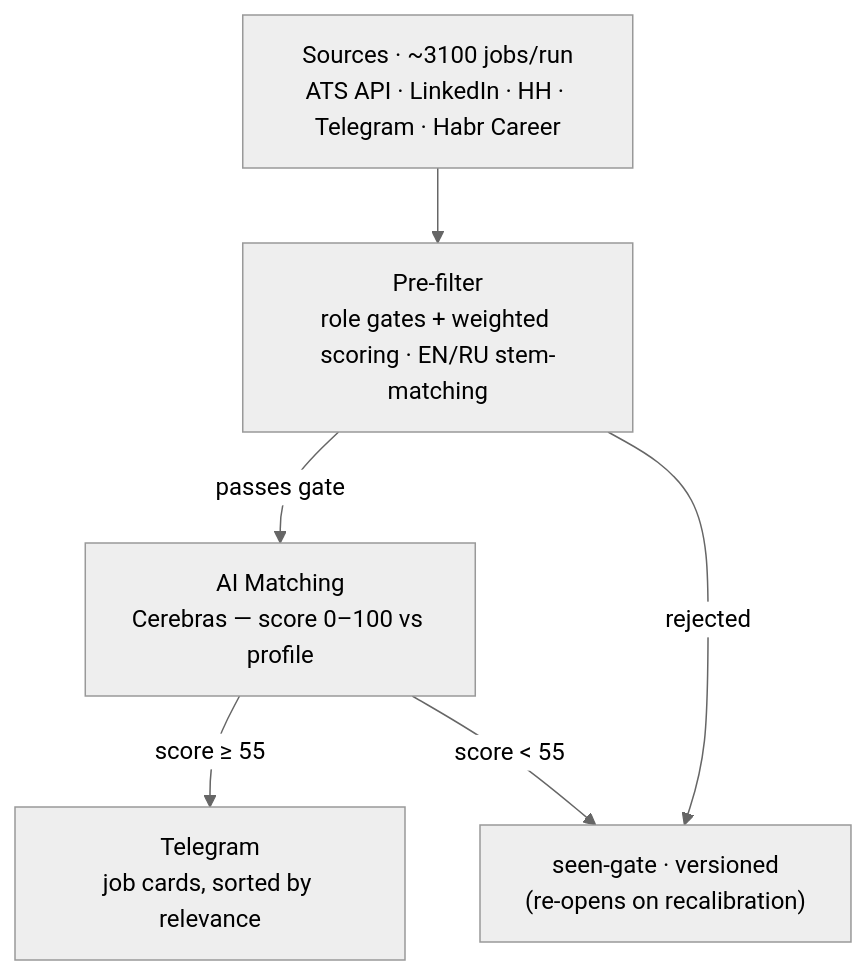
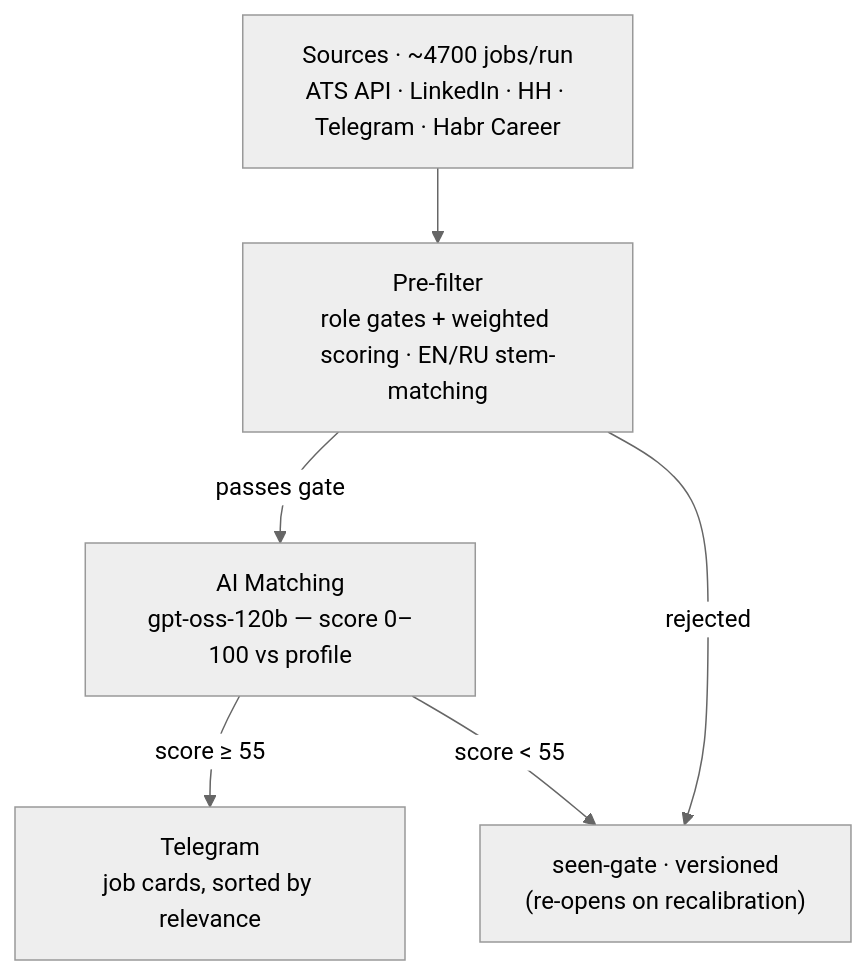
Before and after one commit to Aleksandr-Sit/job-hunter: the diagram in README.md, drawn with Mermaid (neutral theme). The commit also changed other lines of this file and 3 other files, not shown here.

First line of the commit message:
docs: привести README/ARCHITECTURE/CLAUDE.md к фактам

````diff
--- a/README.md
+++ b/README.md
@@ -23,8 +23,8 @@
 ```mermaid
 flowchart TD
-    A["Sources · ~3100 jobs/run<br/>ATS API · LinkedIn · HH · Telegram · Habr Career"] --> B["Pre-filter<br/>role gates + weighted scoring · EN/RU stem-matching"]
-    B -->|passes gate| C["AI Matching<br/>Cerebras — score 0–100 vs profile"]
+    A["Sources · ~4700 jobs/run<br/>ATS API · LinkedIn · HH · Telegram · Habr Career"] --> B["Pre-filter<br/>role gates + weighted scoring · EN/RU stem-matching"]
+    B -->|passes gate| C["AI Matching<br/>gpt-oss-120b — score 0–100 vs profile"]
     B -->|rejected| X["seen-gate · versioned<br/>(re-opens on recalibration)"]
     C -->|score &ge; 55| D["Telegram<br/>job cards, sorted by relevance"]
     C -->|score &lt; 55| X
 ```
````
